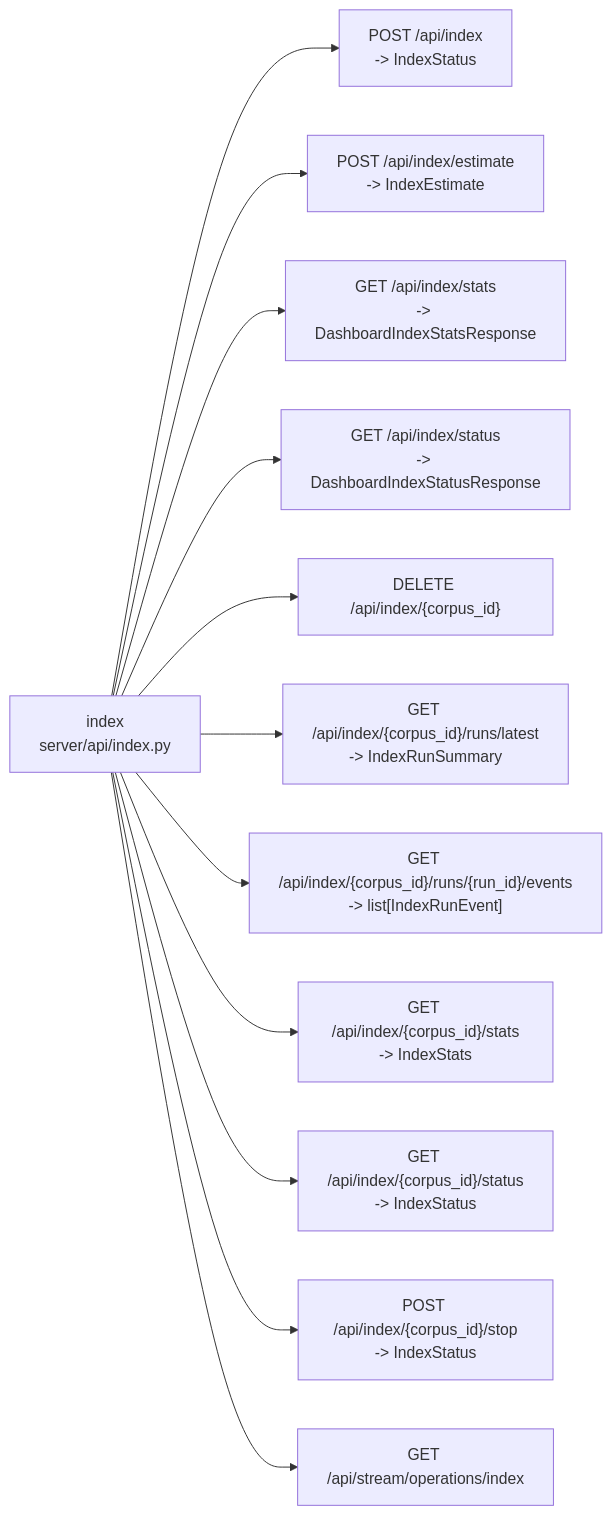
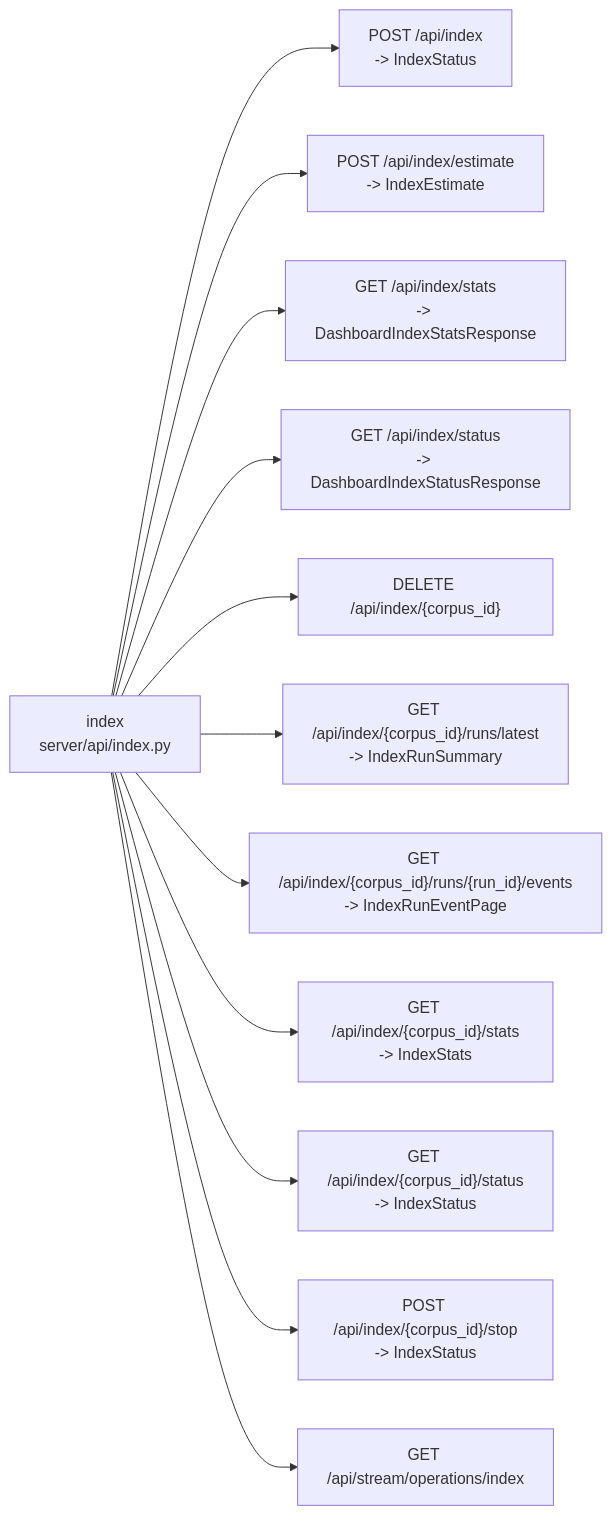
One commit to DMontgomery40/ragweld changed diagram 15 of 25 in mkdocs/docs/reference/architecture/api-surface.md. Above: the diagram before and after it, drawn with Mermaid. The commit also changed other lines of this file and 7 other files, not shown here.

````diff
--- a/mkdocs/docs/reference/architecture/api-surface.md
+++ b/mkdocs/docs/reference/architecture/api-surface.md
@@ -443,26 +443,26 @@
 ```mermaid
 flowchart LR
     n_index["index\nserver/api/index.py"]
     n_index_0["POST /api/index\n-> IndexStatus"]
     n_index --> n_index_0
     n_index_1["POST /api/index/estimate\n-> IndexEstimate"]
     n_index --> n_index_1
     n_index_2["GET /api/index/stats\n-> DashboardIndexStatsResponse"]
     n_index --> n_index_2
     n_index_3["GET /api/index/status\n-> DashboardIndexStatusResponse"]
     n_index --> n_index_3
     n_index_4["DELETE /api/index/{corpus_id}"]
     n_index --> n_index_4
     n_index_5["GET /api/index/{corpus_id}/runs/latest\n-> IndexRunSummary"]
     n_index --> n_index_5
-    n_index_6["GET /api/index/{corpus_id}/runs/{run_id}/events\n-> list[IndexRunEvent]"]
+    n_index_6["GET /api/index/{corpus_id}/runs/{run_id}/events\n-> IndexRunEventPage"]
     n_index --> n_index_6
     n_index_7["GET /api/index/{corpus_id}/stats\n-> IndexStats"]
     n_index --> n_index_7
     n_index_8["GET /api/index/{corpus_id}/status\n-> IndexStatus"]
     n_index --> n_index_8
     n_index_9["POST /api/index/{corpus_id}/stop\n-> IndexStatus"]
     n_index --> n_index_9
     n_index_10["GET /api/stream/operations/index"]
     n_index --> n_index_10
 ```
````
